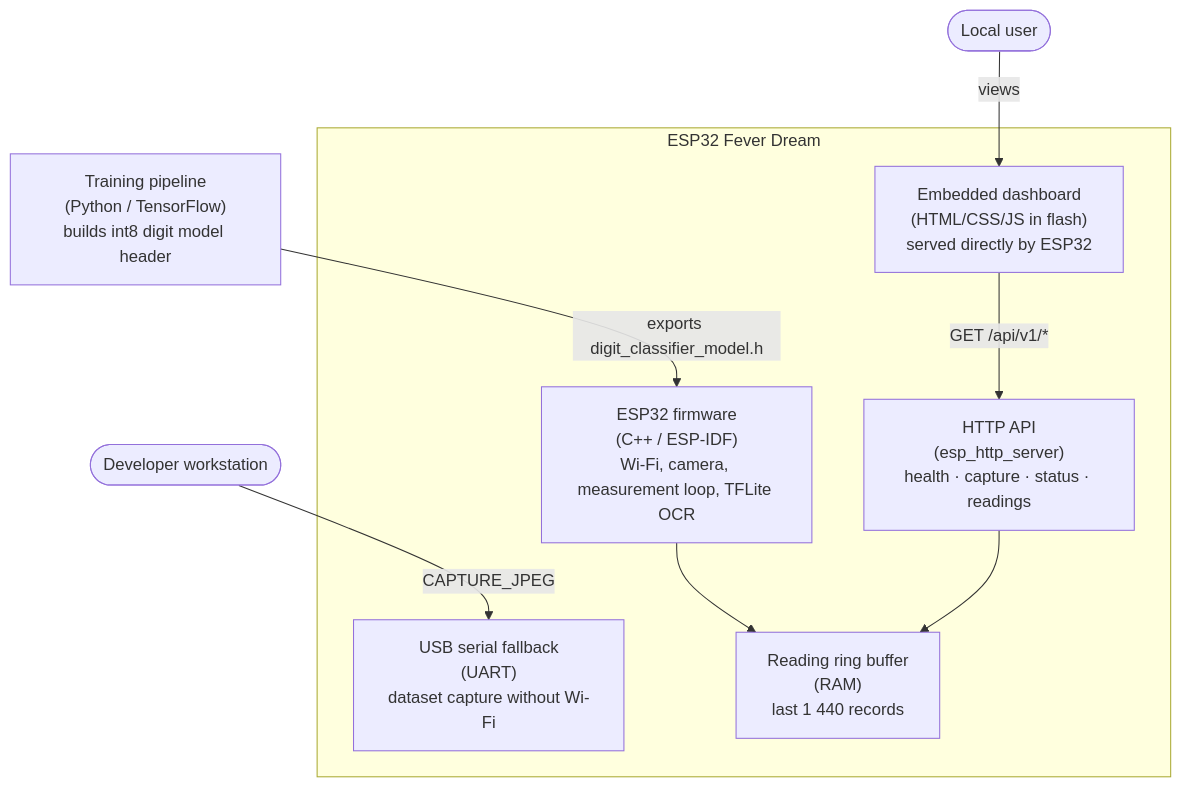
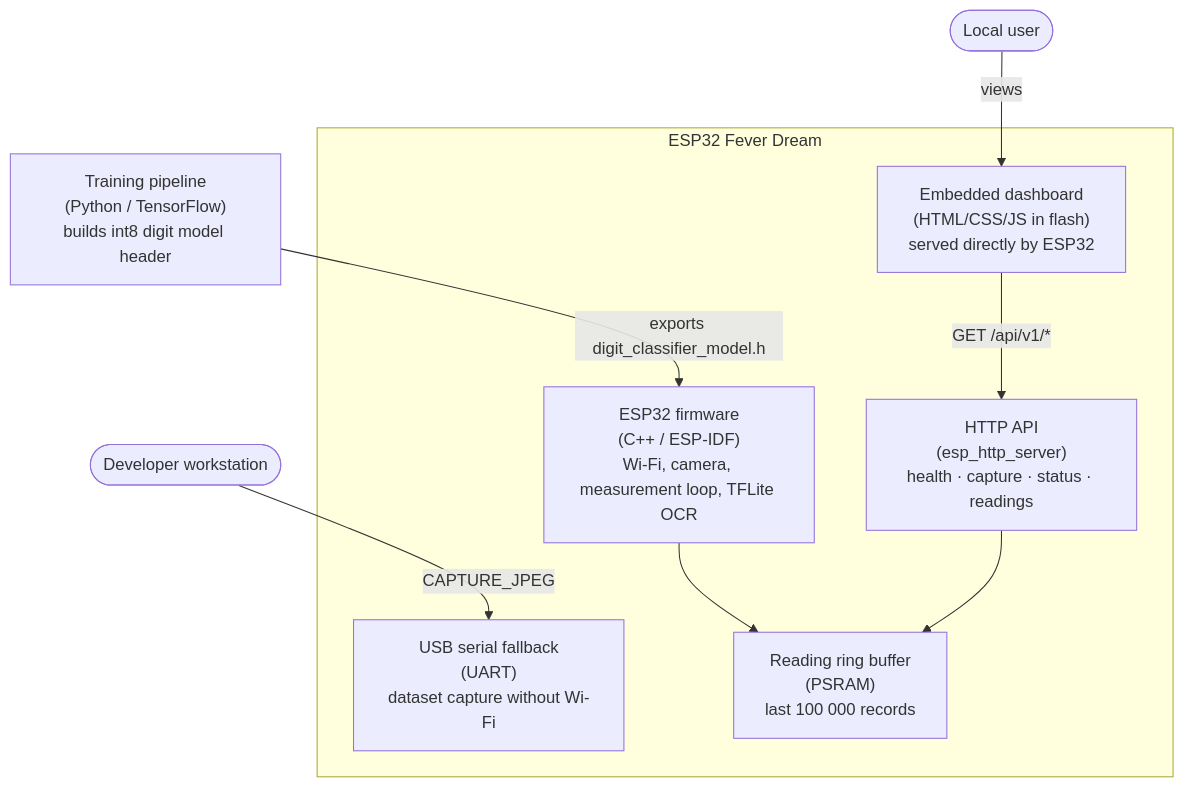
The second of 5 diagrams in documents/05_ARCHITECTURE.md (marcelpetrick/esp32-fever-dream), drawn with Mermaid before and after one commit. The commit also changed other lines of this file and 2 other files, not shown here.

````diff
--- a/documents/05_ARCHITECTURE.md
+++ b/documents/05_ARCHITECTURE.md
@@ -43,22 +42,22 @@
 ```mermaid
 flowchart TB
     user(["Local user"])
 
     subgraph device["ESP32 Fever Dream"]
         firmware["ESP32 firmware\n(C++ / ESP-IDF)\nWi-Fi, camera, measurement loop, TFLite OCR"]
         api["HTTP API\n(esp_http_server)\nhealth · capture · status · readings"]
         serial["USB serial fallback\n(UART)\ndataset capture without Wi-Fi"]
         web["Embedded dashboard\n(HTML/CSS/JS in flash)\nserved directly by ESP32"]
-        storage["Reading ring buffer\n(RAM)\nlast 1 440 records"]
+        storage["Reading ring buffer\n(PSRAM)\nlast 100 000 records"]
     end
 
     training["Training pipeline\n(Python / TensorFlow)\nbuilds int8 digit model header"]
     workstation(["Developer workstation"])
 
     user -->|views| web
     web -->|"GET /api/v1/*"| api
     firmware --> storage
     api --> storage
     training -->|"exports digit_classifier_model.h"| firmware
     workstation -->|"CAPTURE_JPEG"| serial
 ```
````
